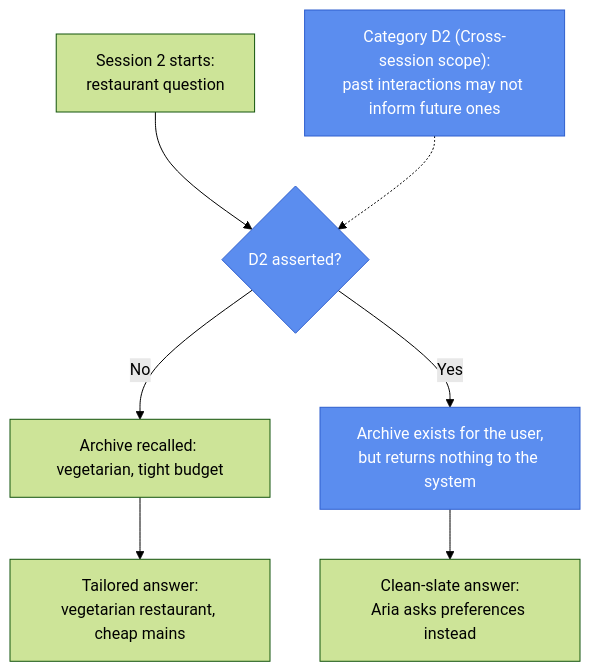
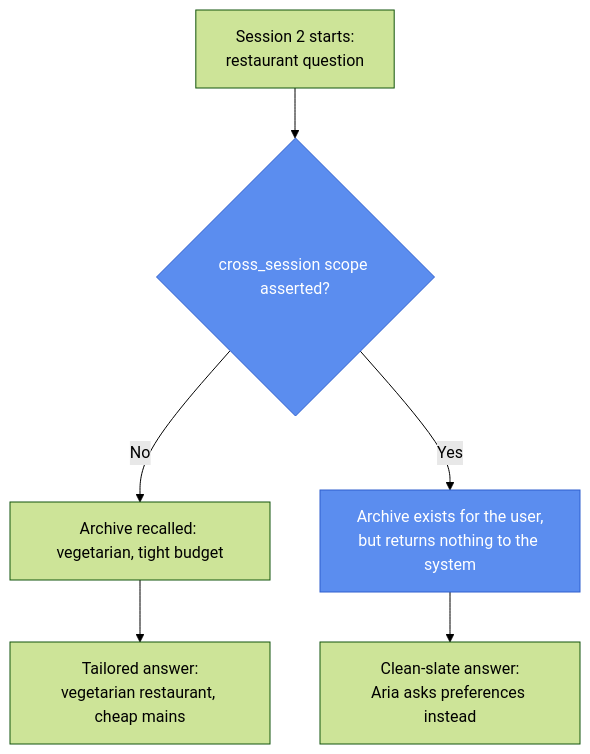
Before and after one commit to privacy-tech-lab/gpc-ai-agents-prototypes: the second of 3 diagrams in prototype-7/README.md, drawn with Mermaid (forest theme). The commit also changed other lines of this file and 82 other files, not shown here.

````diff
--- a/prototype-7/README.md
+++ b/prototype-7/README.md
@@ -37,12 +36,11 @@
 ```mermaid
 flowchart TD
-    newsession["Session 2 starts:<br/>restaurant question"] --> gate2{"D2 asserted?"}
+    newsession["Session 2 starts:<br/>restaurant question"] --> gate2{"cross_session scope asserted?"}
     gate2 -- "No" --> recall["Archive recalled: vegetarian, tight budget"]
     recall --> tailored["Tailored answer:<br/>vegetarian restaurant, cheap mains"]
     gate2 -- "Yes" --> fresh["Archive exists for the user,<br/>but returns nothing to the system"]
     fresh --> generic["Clean-slate answer:<br/>Aria asks preferences instead"]
 
-    classDef category fill:#5b8def,stroke:#2f5fce,color:#fff
-    class gate2,fresh category
-    D2cat["Category D2 (Cross-session scope):<br/>past interactions may not inform future ones"]:::category -.-> gate2
+    classDef enforced fill:#5b8def,stroke:#2f5fce,color:#fff
+    class gate2,fresh enforced
 ```
````
